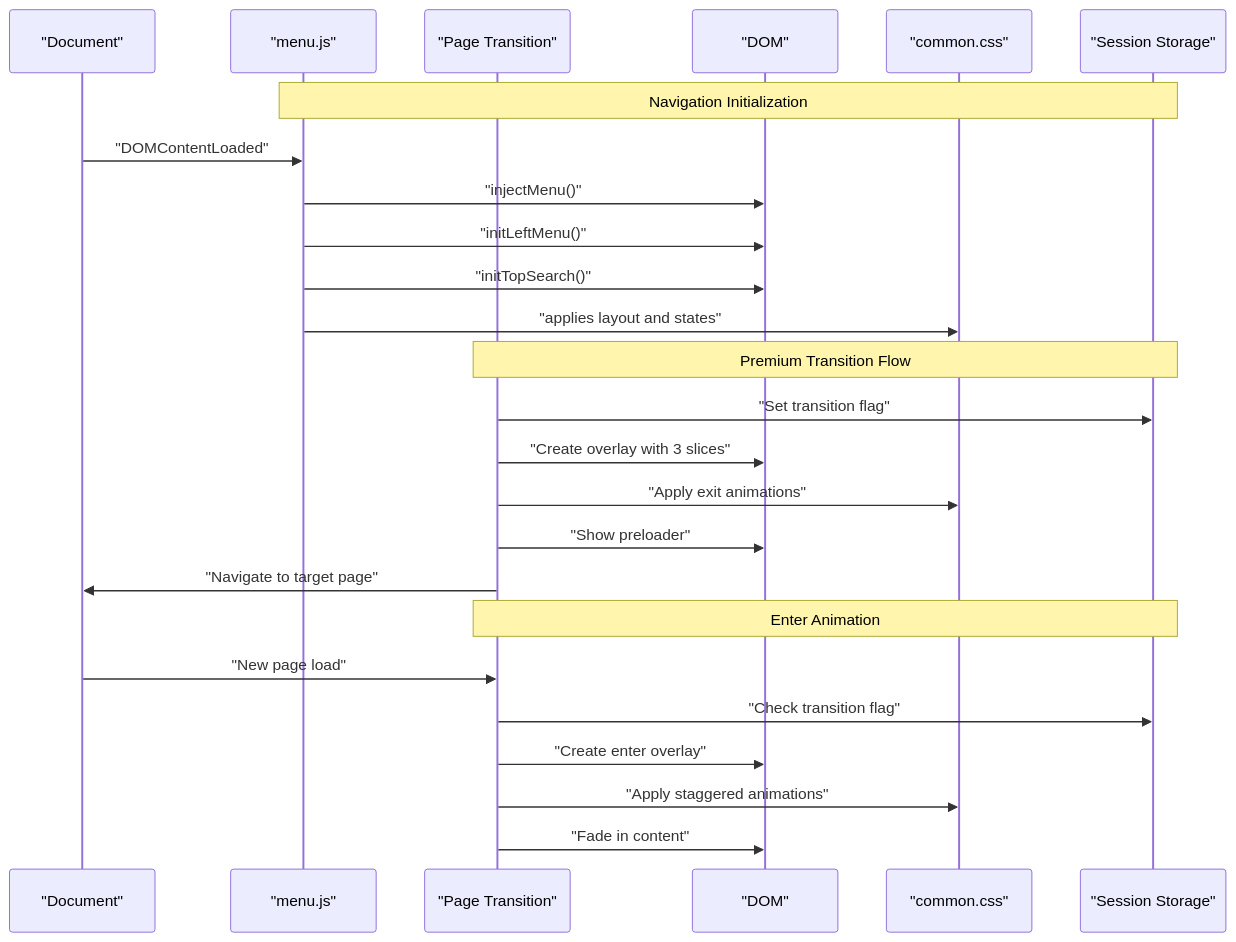
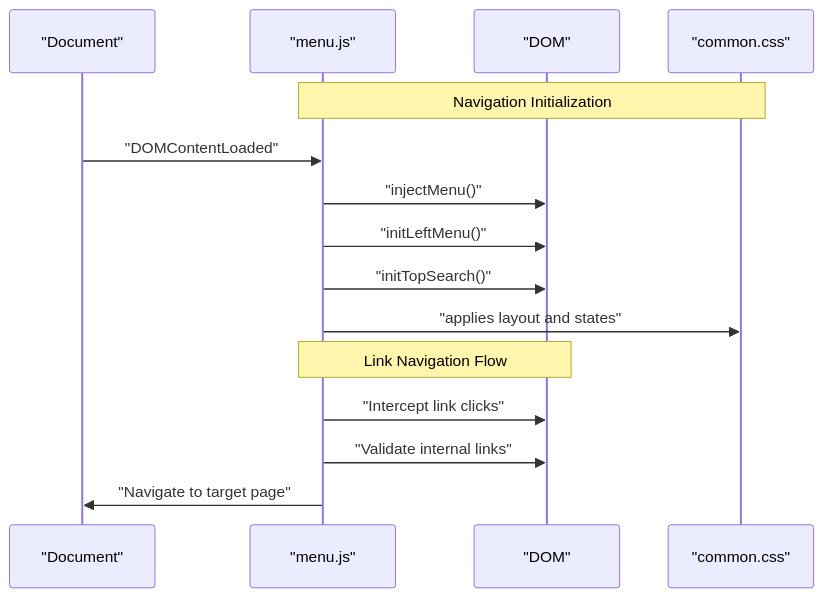
The second of 3 diagrams in .qoder/repowiki/en/content/Core Navigation System.md (treasureGrove/TAWEBTOOL), drawn with Mermaid before and after one commit. The commit also changed other lines of this file and 101 other files, not shown here.

````diff
--- a/.qoder/repowiki/en/content/Core Navigation System.md
+++ b/.qoder/repowiki/en/content/Core Navigation System.md
@@ -125,27 +112,17 @@
 ```mermaid
 sequenceDiagram
 participant Doc as "Document"
 participant Menu as "menu.js"
-participant PT as "Page Transition"
 participant DOM as "DOM"
 participant CSS as "common.css"
-participant Session as "Session Storage"
-Note over Menu,Session : Navigation Initialization
+Note over Menu,CSS : Navigation Initialization
 Doc->>Menu : "DOMContentLoaded"
 Menu->>DOM : "injectMenu()"
 Menu->>DOM : "initLeftMenu()"
 Menu->>DOM : "initTopSearch()"
 Menu->>CSS : "applies layout and states"
-Note over PT,Session : Premium Transition Flow
-PT->>Session : "Set transition flag"
-PT->>DOM : "Create overlay with 3 slices"
-PT->>CSS : "Apply exit animations"
-PT->>DOM : "Show preloader"
-PT->>Doc : "Navigate to target page"
-Note over PT,Session : Enter Animation
-Doc->>PT : "New page load"
-PT->>Session : "Check transition flag"
-PT->>DOM : "Create enter overlay"
-PT->>CSS : "Apply staggered animations"
-PT->>DOM : "Fade in content"
+Note over Menu,DOM : Link Navigation Flow
+Menu->>DOM : "Intercept link clicks"
+Menu->>DOM : "Validate internal links"
+Menu->>Doc : "Navigate to target page"
 ```
````
